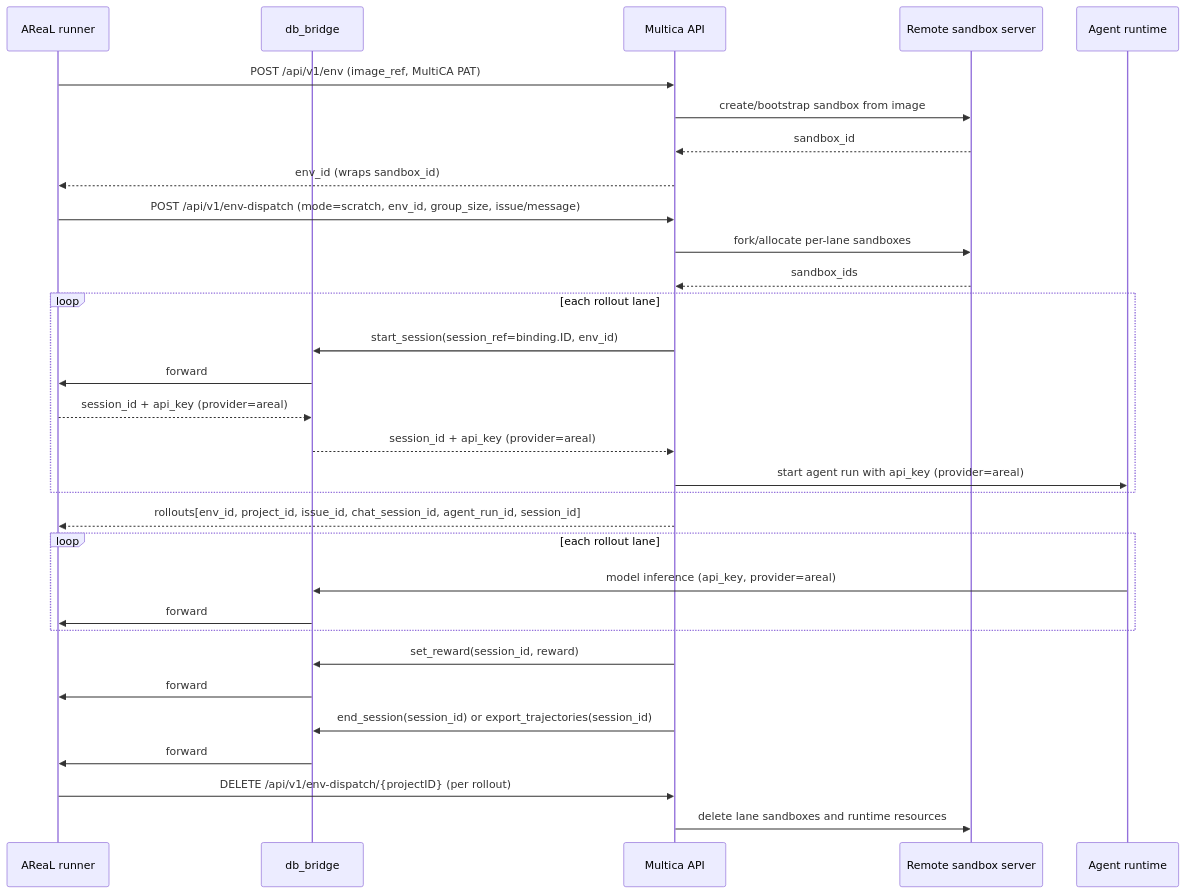
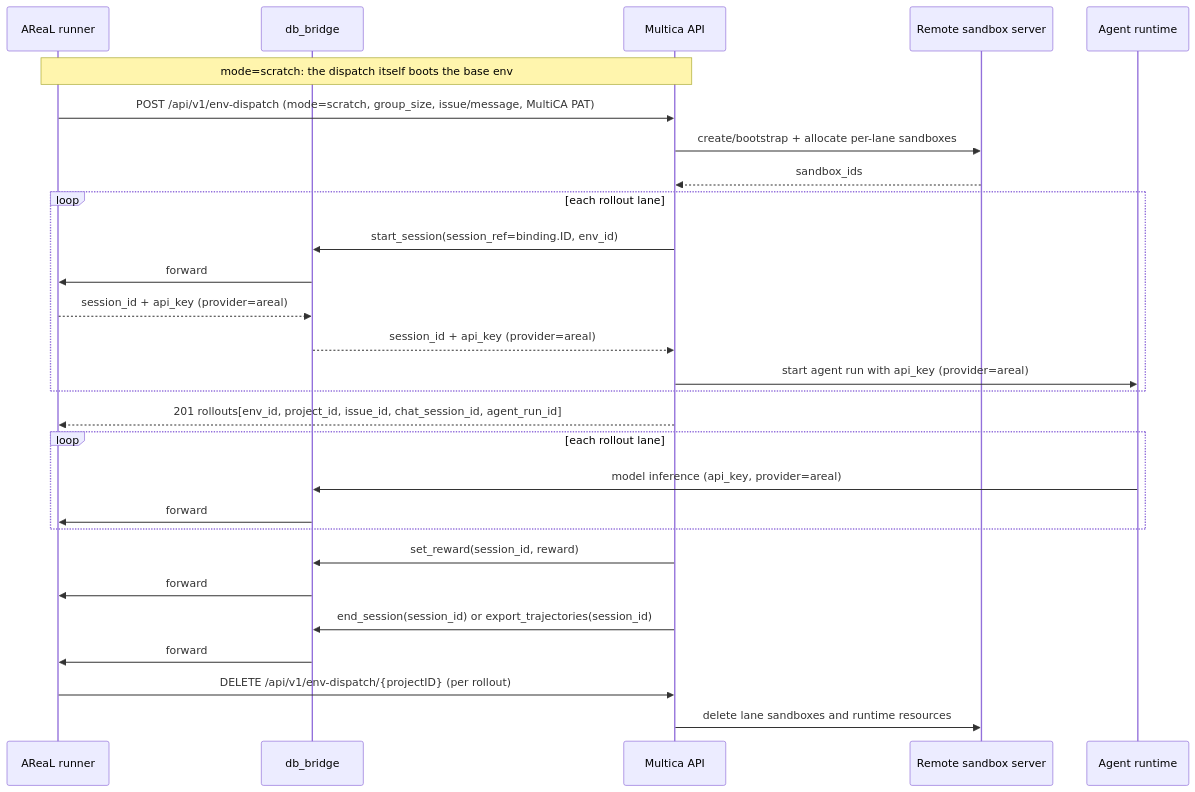
The fourth of 6 diagrams in customized_areal/tree_search/agents/multica_environment_protocol.md (ketsuzhou/areal-ci), drawn with Mermaid before and after one commit. The commit also changed other lines of this file and 31 other files, not shown here.

First line of the commit message:
feat: multica v2 training dispatch and data-proxy session compatibility

````diff
--- a/customized_areal/tree_search/agents/multica_environment_protocol.md
+++ b/customized_areal/tree_search/agents/multica_environment_protocol.md
@@ -392,37 +530,33 @@
 ```mermaid
 sequenceDiagram
     participant A as AReaL runner
     participant G as db_bridge
     participant M as Multica API
     participant S as Remote sandbox server
     participant R as Agent runtime
 
-    A->>M: POST /api/v1/env (image_ref, MultiCA PAT)
-    M->>S: create/bootstrap sandbox from image
-    S-->>M: sandbox_id
-    M-->>A: env_id (wraps sandbox_id)
-
-    A->>M: POST /api/v1/env-dispatch (mode=scratch, env_id, group_size, issue/message)
-    M->>S: fork/allocate per-lane sandboxes
+    Note over A,M: mode=scratch: the dispatch itself boots the base env
+    A->>M: POST /api/v1/env-dispatch (mode=scratch, group_size, issue/message, MultiCA PAT)
+    M->>S: create/bootstrap + allocate per-lane sandboxes
     S-->>M: sandbox_ids
     loop each rollout lane
         M->>G: start_session(session_ref=binding.ID, env_id)
         G->>A: forward
         A-->>G: session_id + api_key (provider=areal)
         G-->>M: session_id + api_key (provider=areal)
         M->>R: start agent run with api_key (provider=areal)
     end
-    M-->>A: rollouts[env_id, project_id, issue_id, chat_session_id, agent_run_id, session_id]
+    M-->>A: 201 rollouts[env_id, project_id, issue_id, chat_session_id, agent_run_id]
 
     loop each rollout lane
         R->>G: model inference (api_key, provider=areal)
         G->>A: forward
     end
 
     M->>G: set_reward(session_id, reward)
     G->>A: forward
     M->>G: end_session(session_id) or export_trajectories(session_id)
     G->>A: forward
     A->>M: DELETE /api/v1/env-dispatch/{projectID} (per rollout)
     M->>S: delete lane sandboxes and runtime resources
 ```
````
